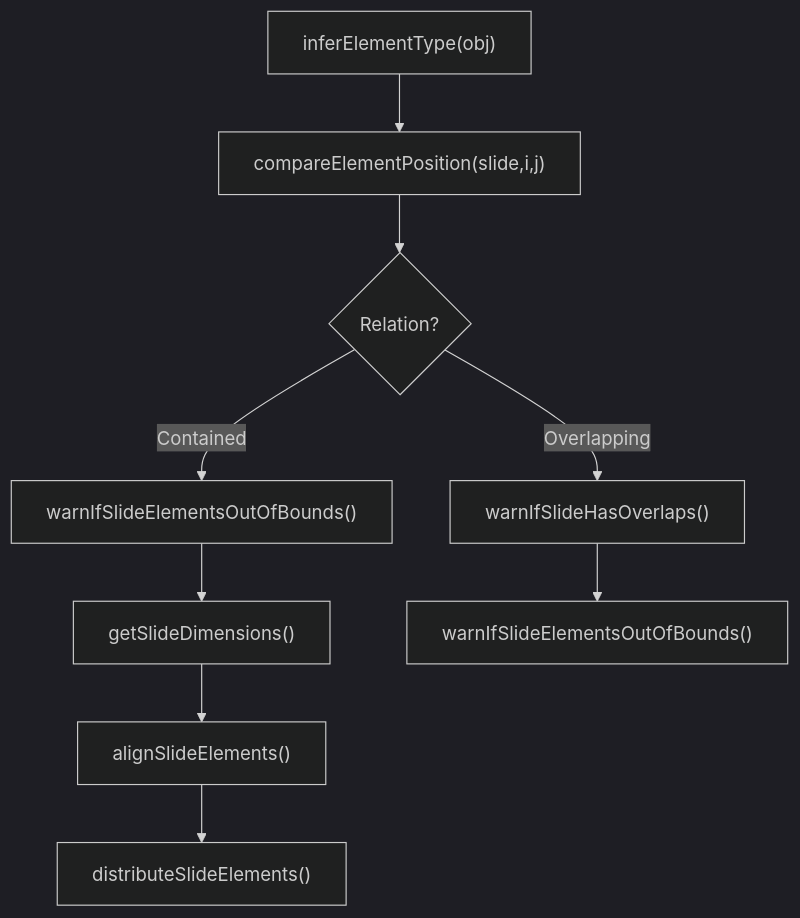
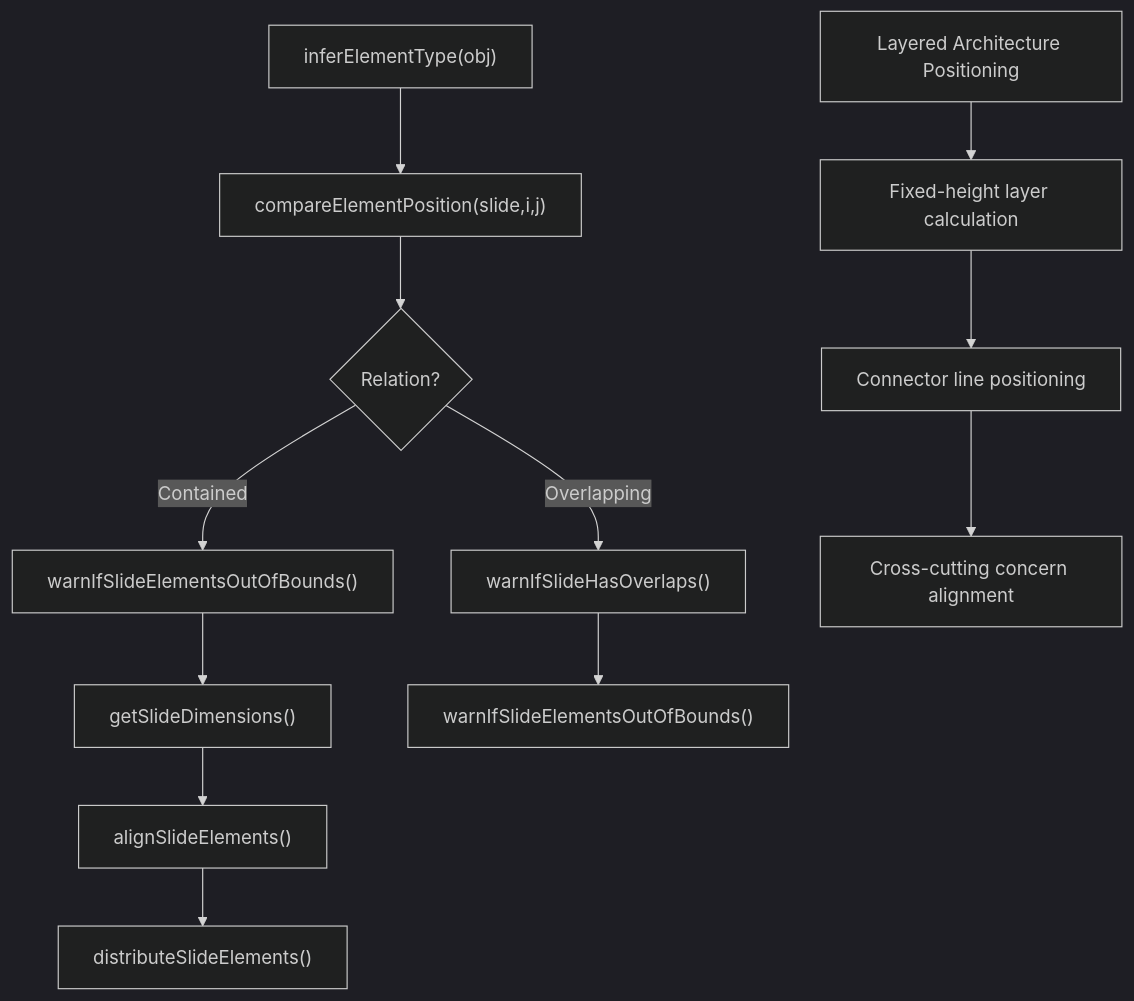
One commit to brantzh6/deepPPT changed the fifth of 6 diagrams in .qoder/repowiki/en/content/Rendering Pipeline/Rendering Pipeline.md. Above: the diagram before and after it, drawn with Mermaid (dark theme). The commit also changed other lines of this file and 5 other files, not shown here.

Commit message:
Fix PptxGenJS line shape coordinate format in layered_architecture_stack

````diff
--- a/.qoder/repowiki/en/content/Rendering Pipeline/Rendering Pipeline.md
+++ b/.qoder/repowiki/en/content/Rendering Pipeline/Rendering Pipeline.md
@@ -283,11 +332,14 @@
 ```mermaid
 flowchart TD
 A["inferElementType(obj)"] --> B["compareElementPosition(slide,i,j)"]
 B --> C{"Relation?"}
 C --> |Overlapping| O["warnIfSlideHasOverlaps()"]
 C --> |Contained| M["warnIfSlideElementsOutOfBounds()"]
 M --> D["getSlideDimensions()"]
 O --> E["warnIfSlideElementsOutOfBounds()"]
 D --> F["alignSlideElements()"]
 F --> G["distributeSlideElements()"]
+H["Layered Architecture Positioning"] --> I["Fixed-height layer calculation"]
+I --> J["Connector line positioning"]
+J --> K["Cross-cutting concern alignment"]
 ```
````
